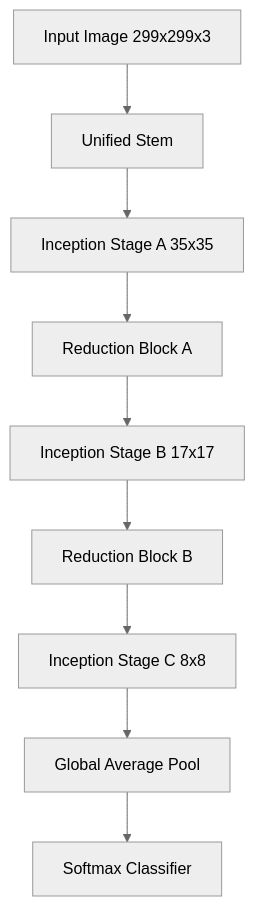
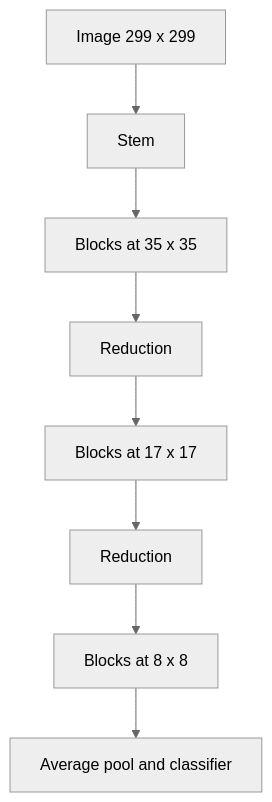
The first of 2 diagrams in content/papers/inception-v4-inception-resnet-and-the-impact-of-residual-con.md (Tarunsai08/PaperStack), drawn with Mermaid (neutral theme) before and after one commit. The commit also changed other lines of this file and 9 other files, not shown here.

````diff
--- a/content/papers/inception-v4-inception-resnet-and-the-impact-of-residual-con.md
+++ b/content/papers/inception-v4-inception-resnet-and-the-impact-of-residual-con.md
@@ -128,11 +100,10 @@
 ```mermaid
 flowchart TD
-    Input[Input Image 299x299x3] --> Stem[Unified Stem]
-    Stem --> StageA[Inception Stage A 35x35]
-    StageA --> RedA[Reduction Block A]
-    RedA --> StageB[Inception Stage B 17x17]
-    StageB --> RedB[Reduction Block B]
-    RedB --> StageC[Inception Stage C 8x8]
-    StageC --> Pool[Global Average Pool]
-    Pool --> Out[Softmax Classifier]
+  I[Image 299 x 299] --> S[Stem]
+  S --> A[Blocks at 35 x 35]
+  A --> RA[Reduction]
+  RA --> B[Blocks at 17 x 17]
+  B --> RB[Reduction]
+  RB --> C[Blocks at 8 x 8]
+  C --> P[Average pool and classifier]
 ```
````
